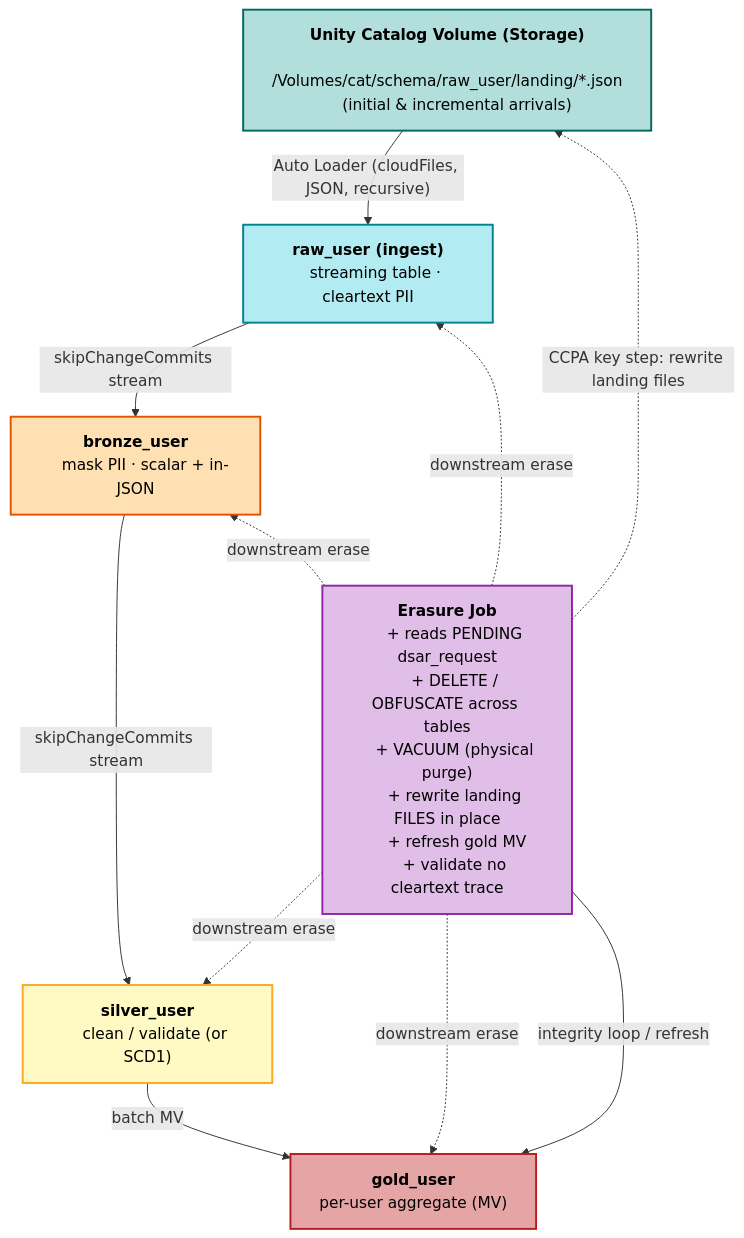
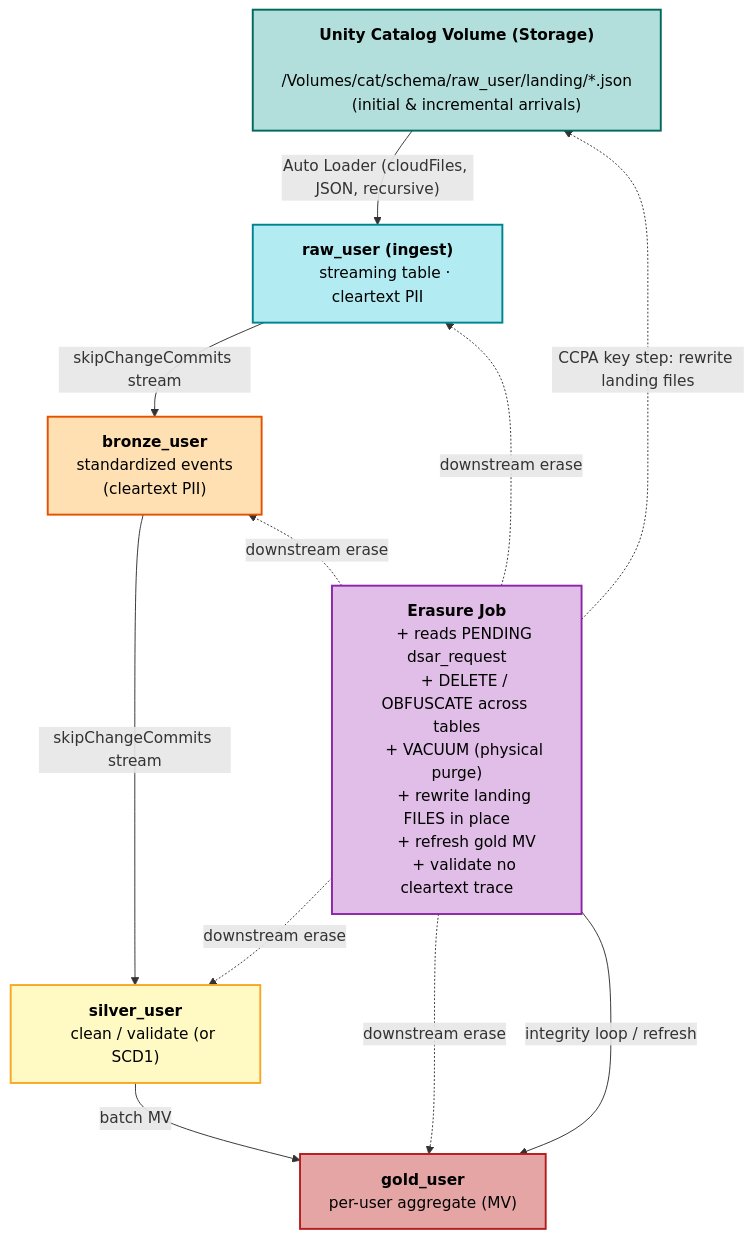
Before and after one commit to dipankarkush-db/allegiantair: the diagram in allegiant-json-pii-masking/dsar_erasure/sdp_integration/README.md, drawn with Mermaid. The commit also changed other lines of this file and 7 other files, not shown here.

````diff
--- a/allegiant-json-pii-masking/dsar_erasure/sdp_integration/README.md
+++ b/allegiant-json-pii-masking/dsar_erasure/sdp_integration/README.md
@@ -16,41 +16,42 @@
 ```mermaid
 flowchart TB
     classDef storage fill:#b2dfdb,stroke:#00695c,stroke-width:2px,color:#000
     classDef raw fill:#b2ebf2,stroke:#00838f,stroke-width:2px,color:#000
     classDef bronze fill:#ffe0b2,stroke:#e65100,stroke-width:2px,color:#000
     classDef silver fill:#fff9c4,stroke:#f9a825,stroke-width:2px,color:#000
     classDef gold fill:#e6a5a5,stroke:#b71c1c,stroke-width:2px,color:#000
     classDef erasure fill:#e1bee7,stroke:#8e24aa,stroke-width:2px,color:#000
 
     UCV["<b>Unity Catalog Volume (Storage)</b>
     /Volumes/cat/schema/raw_user/landing/*.json
     (initial & incremental arrivals)"]:::storage
     Raw["<b>raw_user (ingest)</b>
     streaming table · cleartext PII"]:::raw
     Bronze["<b>bronze_user</b>
-    mask PII · scalar + in-JSON"]:::bronze
+    standardized events
+    (cleartext PII)"]:::bronze
     Silver["<b>silver_user</b>
     clean / validate (or SCD1)"]:::silver
     Gold["<b>gold_user</b>
     per-user aggregate (MV)"]:::gold
     Erasure["<b>Erasure Job</b>
     + reads PENDING dsar_request
     + DELETE / OBFUSCATE across tables
     + VACUUM (physical purge)
     + rewrite landing FILES in place
     + refresh gold MV
     + validate no cleartext trace"]:::erasure
 
     UCV -->|"Auto Loader (cloudFiles, JSON, recursive)"| Raw
     Raw -->|"skipChangeCommits stream"| Bronze
     Bronze -->|"skipChangeCommits stream"| Silver
     Silver -->|"batch MV"| Gold
 
     Bronze ~~~ Erasure
     Erasure -.->|"downstream erase"| Raw
     Erasure -.->|"downstream erase"| Bronze
     Erasure -.->|"downstream erase"| Silver
     Erasure -.->|"downstream erase"| Gold
     Erasure -->|"integrity loop / refresh"| Gold
     Erasure -.->|"CCPA key step: rewrite landing files"| UCV
 ```
````
